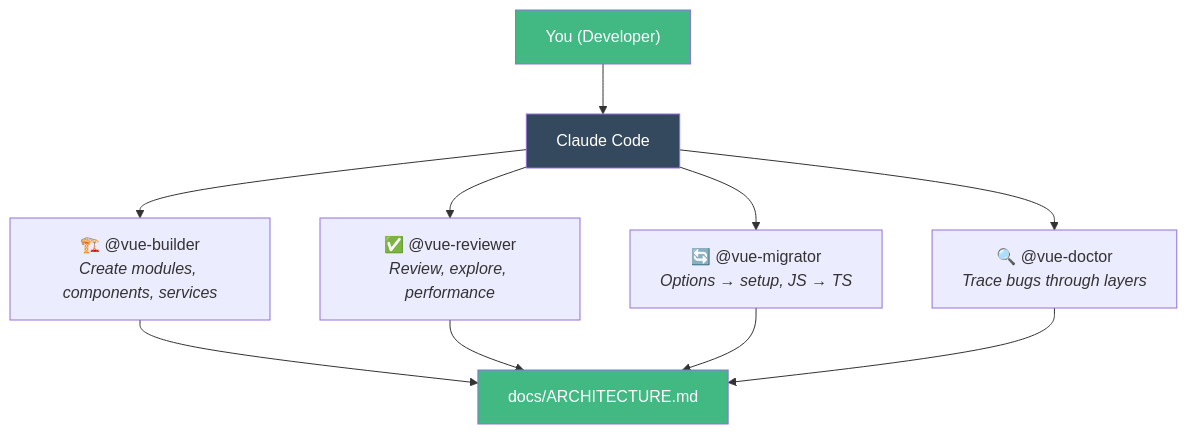
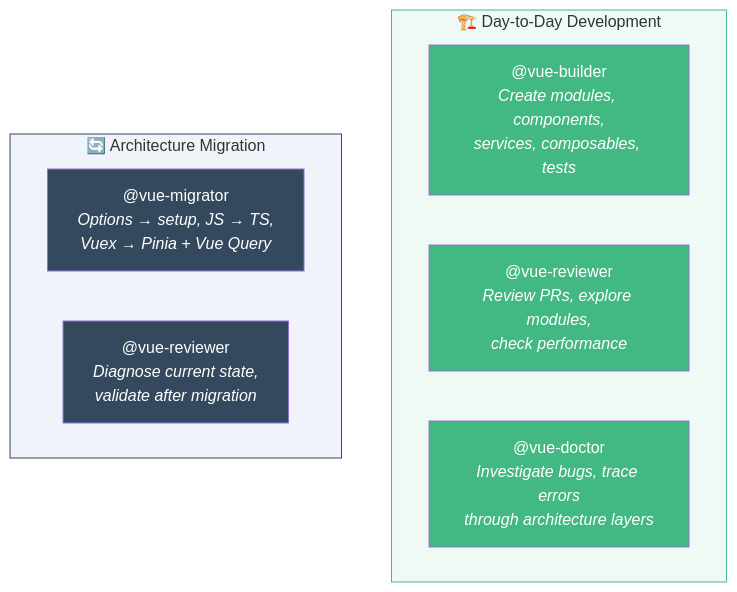
The first of 2 diagrams in docs/guide/introduction.md (HerbertJulio/vue-dev-kit), drawn with Mermaid before and after one commit. The commit also changed other lines of this file and 2 other files, not shown here.

Commit message:
feat: organize docs into Day-to-Day and Migration categories
- Split tutorials nav into Day-to-Day and Migration dropdown
- Sidebar shows two groups with clear labels and agents for each
- Introduction shows which agents belong to each scenario
- Agents reference separated into Day-to-Day and Migration sections

````diff
--- a/docs/guide/introduction.md
+++ b/docs/guide/introduction.md
@@ -22,17 +24,21 @@
 ```mermaid
 graph TB
-    You["You (Developer)"] --> Claude["Claude Code"]
-    Claude --> Builder["🏗️ @vue-builder<br/><i>Create modules, components, services</i>"]
-    Claude --> Reviewer["✅ @vue-reviewer<br/><i>Review, explore, performance</i>"]
-    Claude --> Migrator["🔄 @vue-migrator<br/><i>Options → setup, JS → TS</i>"]
-    Claude --> Doctor["🔍 @vue-doctor<br/><i>Trace bugs through layers</i>"]
+    subgraph daily["🏗️ Day-to-Day Development"]
+        Builder["@vue-builder<br/><i>Create modules, components,<br/>services, composables, tests</i>"]
+        Reviewer["@vue-reviewer<br/><i>Review PRs, explore modules,<br/>check performance</i>"]
+        Doctor["@vue-doctor<br/><i>Investigate bugs, trace errors<br/>through architecture layers</i>"]
+    end
 
-    Builder --> Arch["docs/ARCHITECTURE.md"]
-    Reviewer --> Arch
-    Migrator --> Arch
-    Doctor --> Arch
+    subgraph migration["🔄 Architecture Migration"]
+        Migrator["@vue-migrator<br/><i>Options → setup, JS → TS,<br/>Vuex → Pinia + Vue Query</i>"]
+        ReviewerM["@vue-reviewer<br/><i>Diagnose current state,<br/>validate after migration</i>"]
+    end
 
-    style You fill:#42b883,color:#fff
-    style Claude fill:#35495e,color:#fff
-    style Arch fill:#42b883,color:#fff
+    style daily fill:#f0faf5,stroke:#42b883
+    style migration fill:#f0f4fa,stroke:#35495e
+    style Builder fill:#42b883,color:#fff
+    style Reviewer fill:#42b883,color:#fff
+    style Doctor fill:#42b883,color:#fff
+    style Migrator fill:#35495e,color:#fff
+    style ReviewerM fill:#35495e,color:#fff
 ```
````
